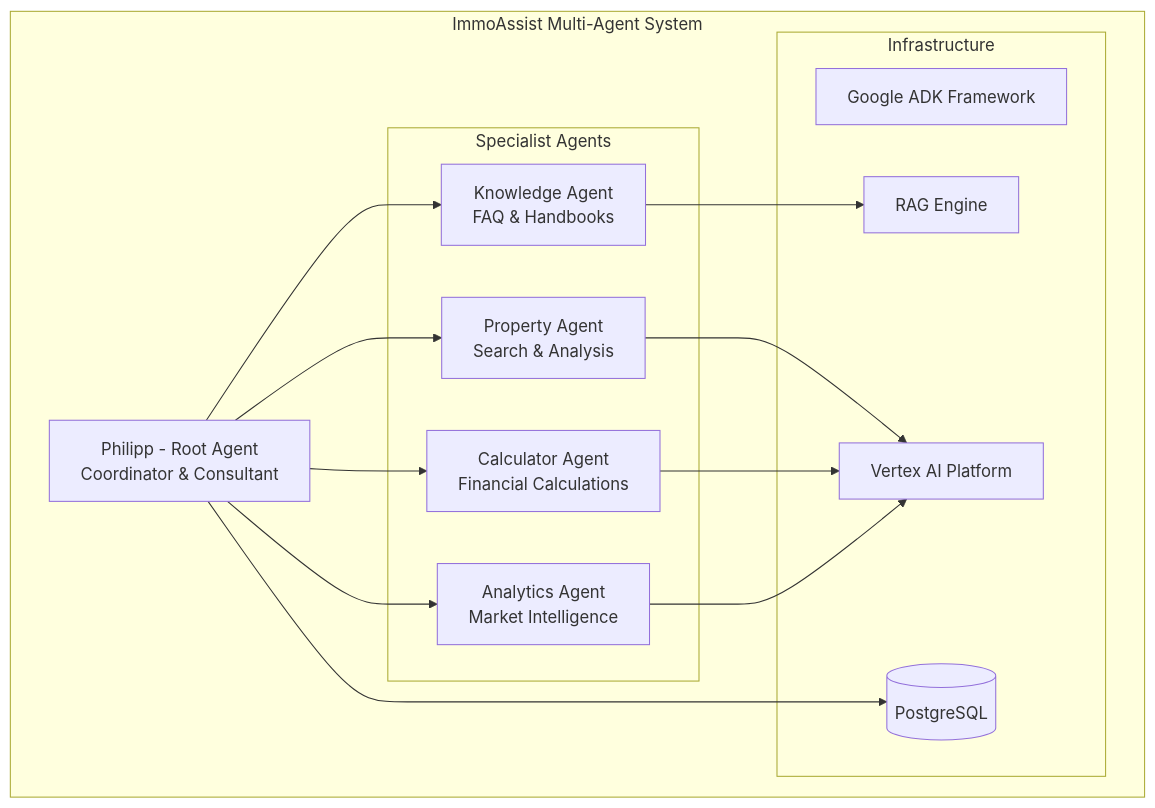
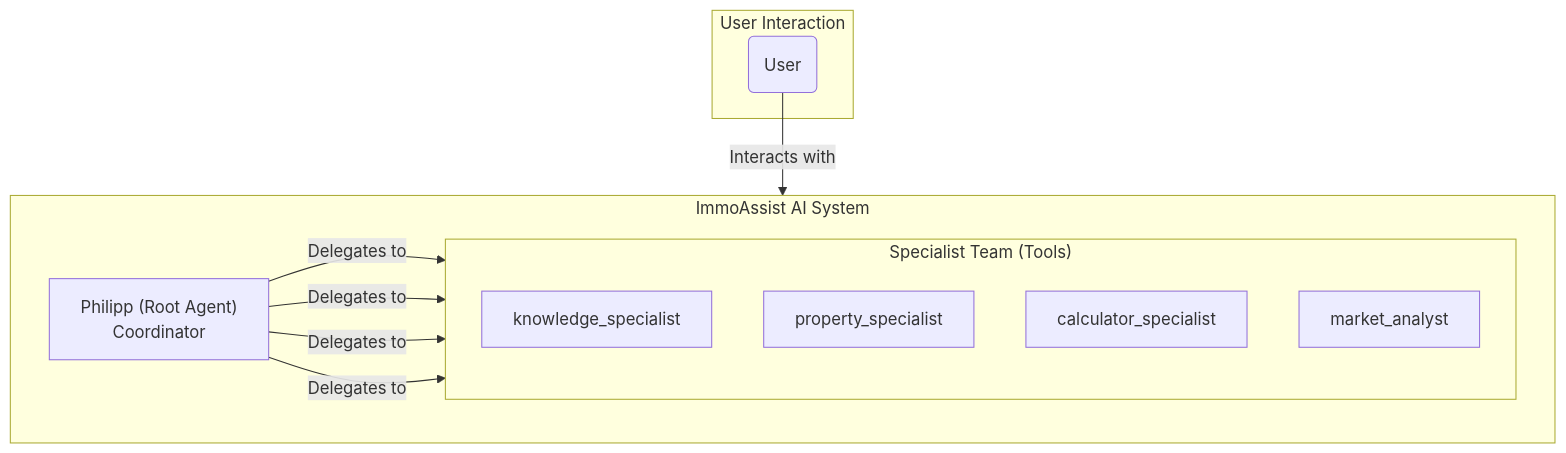
Before and after one commit to Qlefia/immoassist-agent: the diagram in README.md, drawn with Mermaid. The commit also changed other lines of this file and 37 other files, not shown here.

First line of the commit message:
refactor: Overhaul architecture to enterprise-grade multi-agent system

````diff
--- a/README.md
+++ b/README.md
@@ -35,32 +21,25 @@
 ```mermaid
-graph TB
-    subgraph "ImmoAssist Multi-Agent System"
-        PA[Philipp - Root Agent<br/>Coordinator & Consultant]
+graph TD
+    subgraph "User Interaction"
+        User(User)
+    end
 
-        subgraph "Specialist Agents"
-            KA[Knowledge Agent<br/>FAQ & Handbooks]
-            PR[Property Agent<br/>Search & Analysis]
-            CA[Calculator Agent<br/>Financial Calculations]
-            AN[Analytics Agent<br/>Market Intelligence]
-        end
+    subgraph "ImmoAssist AI System"
+        direction LR
+        Root["Philipp (Root Agent)<br/>Coordinator"]
 
-        subgraph "Infrastructure"
-            ADK[Google ADK Framework]
-            VAI[Vertex AI Platform]
-            RAG[RAG Engine]
-            DB[(PostgreSQL)]
+        subgraph "Specialist Team (Tools)"
+            direction TB
+            Knowledge[knowledge_specialist]
+            Property[property_specialist]
+            Calculator[calculator_specialist]
+            Market[market_analyst]
         end
     end
 
-    PA --> KA
-    PA --> PR
-    PA --> CA
-    PA --> AN
-
-    KA --> RAG
-    PR --> VAI
-    CA --> VAI
-    AN --> VAI
-
-    PA --> DB
+    User -- Interacts with --> Root
+    Root -- Delegates to --> Knowledge
+    Root -- Delegates to --> Property
+    Root -- Delegates to --> Calculator
+    Root -- Delegates to --> Market
 ```
````
